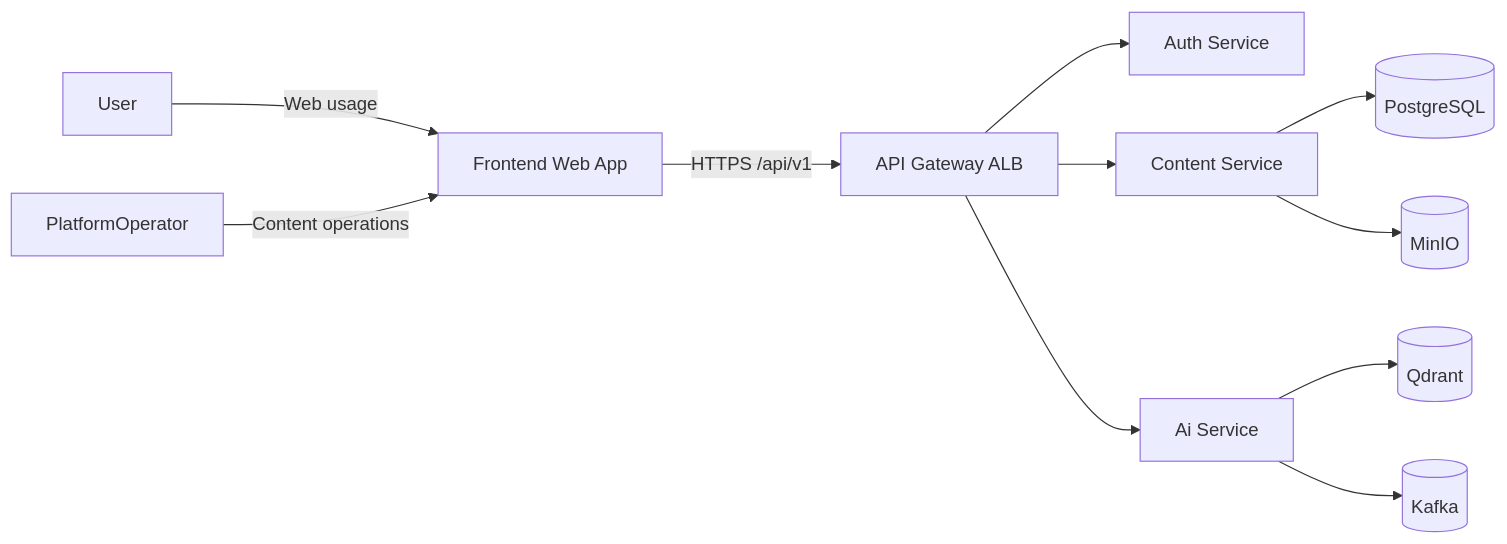
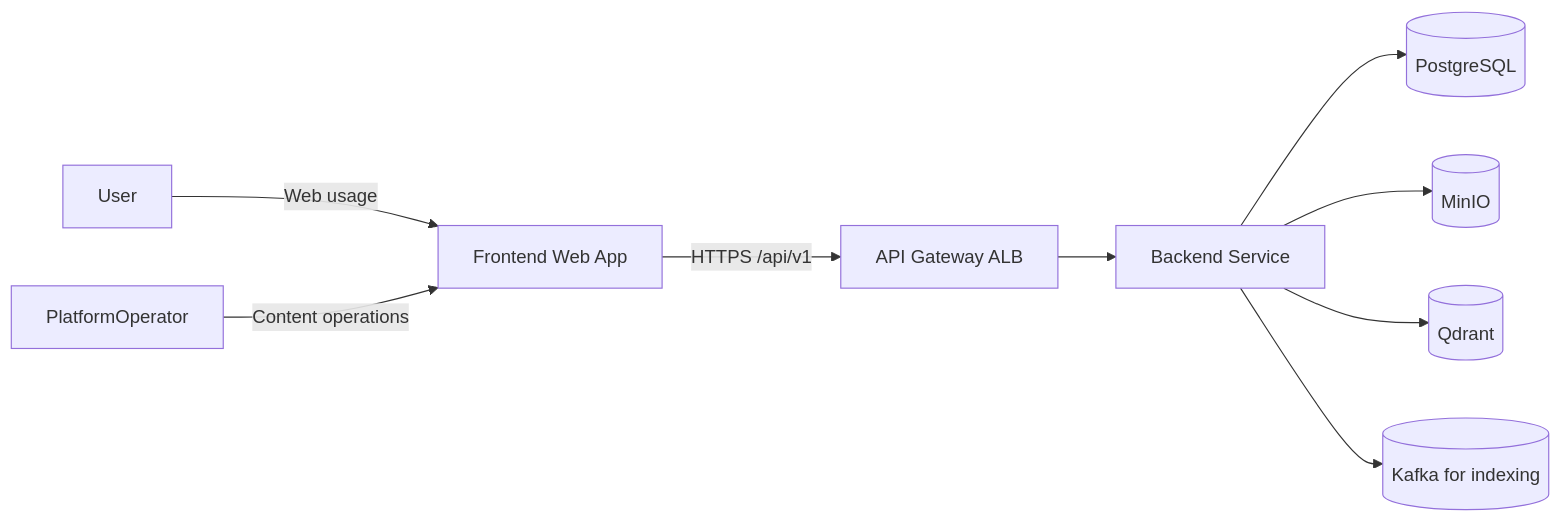
The diagram in documents/BRD.md (BeketML/EduAI), drawn with Mermaid before and after one commit. The commit also changed 38 other files, not shown here.

````diff
--- a/documents/BRD.md
+++ b/documents/BRD.md
@@ -143,13 +143,11 @@
 ```mermaid
 flowchart LR
   user[User] -->|Web usage| frontend[Frontend Web App]
   operator[PlatformOperator] -->|Content operations| frontend
   frontend -->|HTTPS /api/v1| gateway[API Gateway ALB]
-  gateway --> auth[Auth Service]
-  gateway --> content[Content Service]
-  gateway --> ai[Ai Service]
-  content --> pg[(PostgreSQL)]
-  content --> minio[(MinIO)]
-  ai --> qdrant[(Qdrant)]
-  ai --> kafka[(Kafka)]
+  gateway --> backend[Backend Service]
+  backend --> pg[(PostgreSQL)]
+  backend --> minio[(MinIO)]
+  backend --> qdrant[(Qdrant)]
+  backend --> kafka[(Kafka for indexing)]
 ```
````
